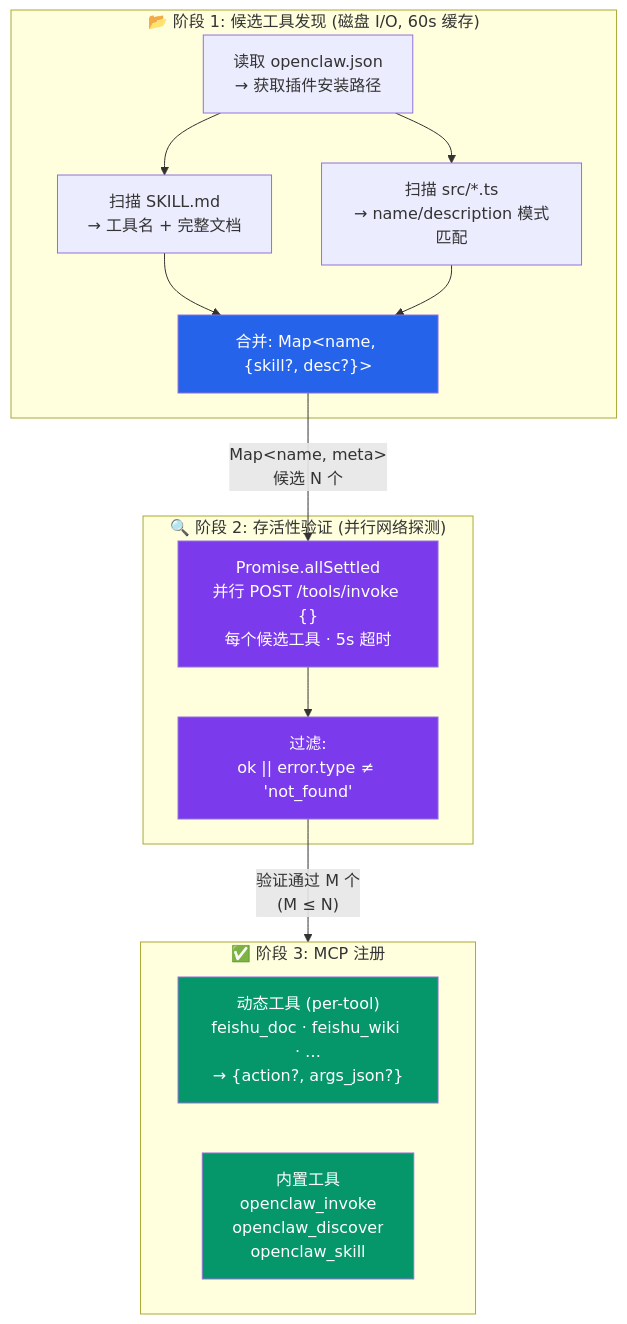
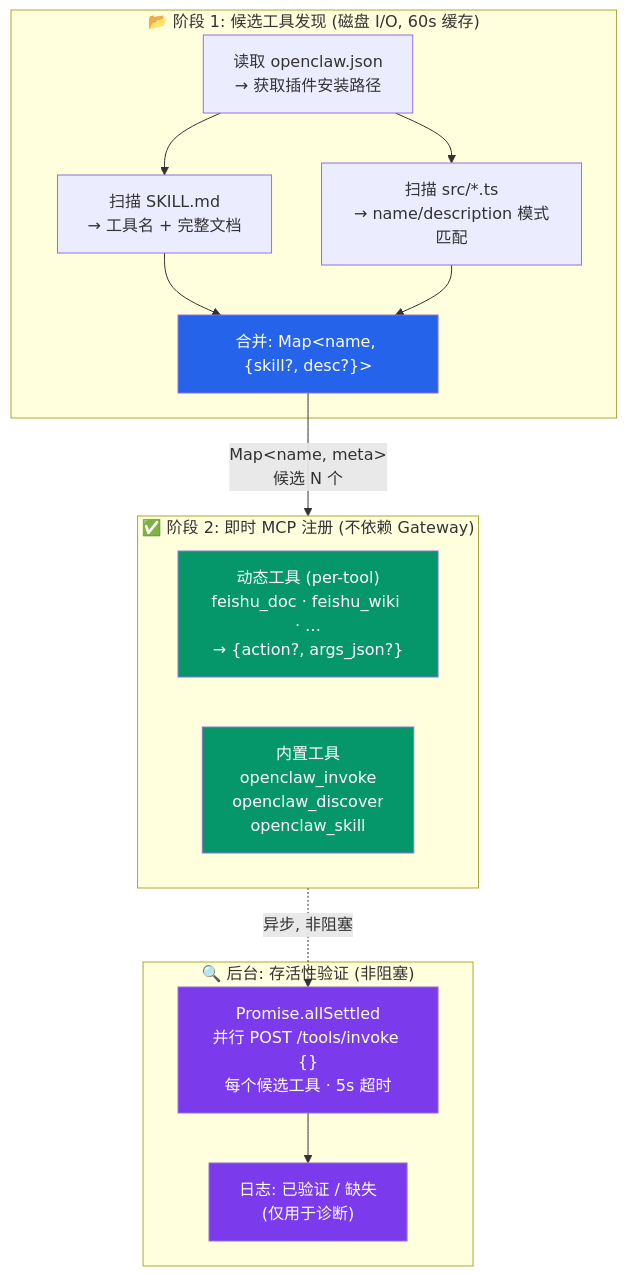
The fourth of 10 diagrams in doc/technical-guide-zh.md (andeya/openclaw-cursor-bridge), drawn with Mermaid before and after one commit. The commit also changed other lines of this file and 9 other files, not shown here.

````diff
--- a/doc/technical-guide-zh.md
+++ b/doc/technical-guide-zh.md
@@ -344,29 +344,29 @@
 ```mermaid
 flowchart TD
     subgraph p1 ["📂 阶段 1: 候选工具发现 (磁盘 I/O, 60s 缓存)"]
         ReadConfig["读取 openclaw.json<br/>→ 获取插件安装路径"] --> ScanSkills["扫描 SKILL.md<br/>→ 工具名 + 完整文档"]
         ReadConfig --> ScanSource["扫描 src/*.ts<br/>→ name/description 模式匹配"]
         ScanSkills --> Merge["合并: Map&lt;name, {skill?, desc?}&gt;"]
         ScanSource --> Merge
     end
 
-    subgraph p2 ["🔍 阶段 2: 存活性验证 (并行网络探测)"]
-        Probe["Promise.allSettled<br/>并行 POST /tools/invoke {}<br/>每个候选工具 · 5s 超时"]
-        Probe --> Filter["过滤:<br/>ok || error.type ≠ 'not_found'"]
-    end
-
-    subgraph p3 ["✅ 阶段 3: MCP 注册"]
+    subgraph p2 ["✅ 阶段 2: 即时 MCP 注册 (不依赖 Gateway)"]
         direction LR
         DynTools["动态工具 (per-tool)<br/>feishu_doc · feishu_wiki · …<br/>→ {action?, args_json?}"]
         StaticTools["内置工具<br/>openclaw_invoke<br/>openclaw_discover<br/>openclaw_skill"]
     end
 
-    Merge -->|"Map&lt;name, meta&gt;<br/>候选 N 个"| Probe
-    Filter -->|"验证通过 M 个<br/>(M ≤ N)"| DynTools
+    subgraph p3 ["🔍 后台: 存活性验证 (非阻塞)"]
+        Probe["Promise.allSettled<br/>并行 POST /tools/invoke {}<br/>每个候选工具 · 5s 超时"]
+        Probe --> LogResult["日志: 已验证 / 缺失<br/>(仅用于诊断)"]
+    end
+
+    Merge -->|"Map&lt;name, meta&gt;<br/>候选 N 个"| DynTools
+    DynTools -.->|"异步, 非阻塞"| Probe
 
     style Merge fill:#2563eb,color:#fff
-    style Probe fill:#7c3aed,color:#fff
-    style Filter fill:#7c3aed,color:#fff
     style DynTools fill:#059669,color:#fff
     style StaticTools fill:#059669,color:#fff
+    style Probe fill:#7c3aed,color:#fff
+    style LogResult fill:#7c3aed,color:#fff
 ```
````
